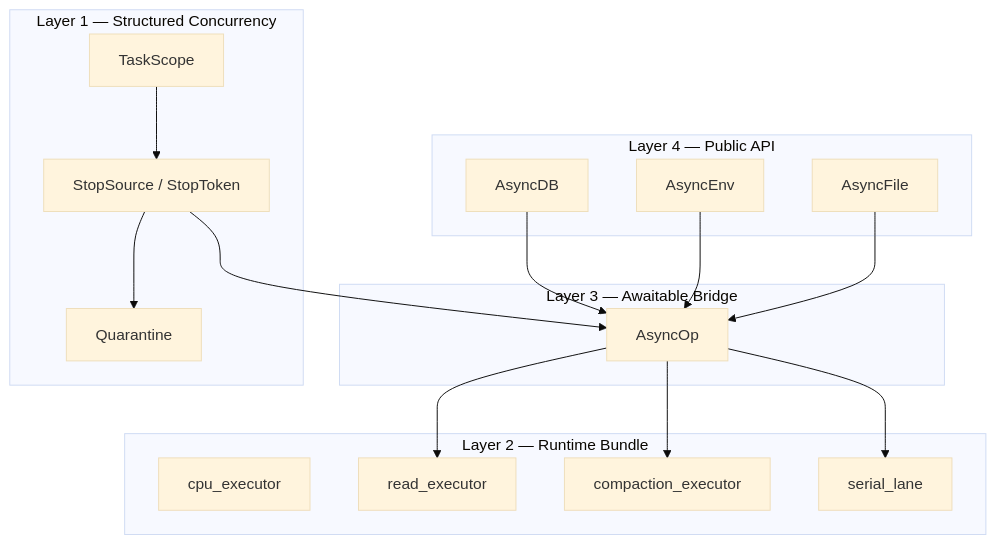
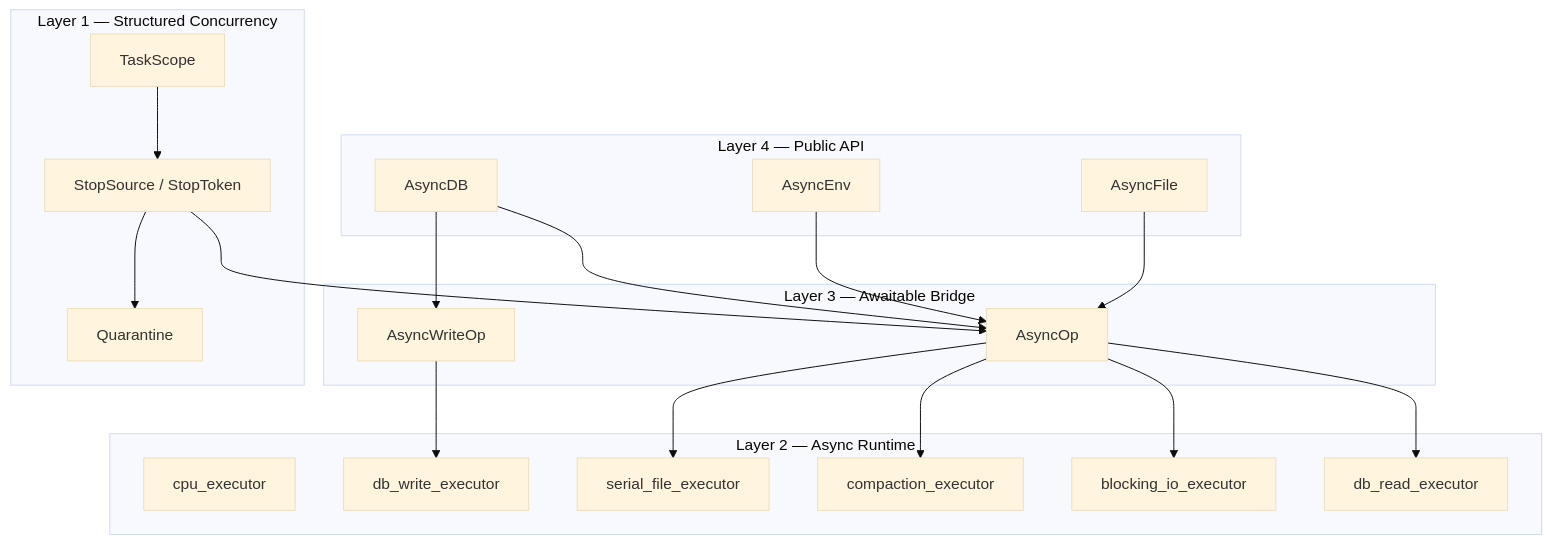
The first of 5 diagrams in docs/coroutine_api_design.md (puji4810/Prism), drawn with Mermaid (base theme) before and after one commit. The commit also changed other lines of this file and 84 other files, not shown here.

First line of the commit message:
Refactor runtime: rename executors and rework async I/O paths

````diff
--- a/docs/coroutine_api_design.md
+++ b/docs/coroutine_api_design.md
@@ -20,32 +22,38 @@
 ```mermaid
 graph TD
     subgraph L4["Layer 4 — Public API"]
         ADB[AsyncDB]
         AEnv[AsyncEnv]
         AF[AsyncFile]
     end
     subgraph L3["Layer 3 — Awaitable Bridge"]
         AOp["AsyncOp<T>"]
+        AWOp["AsyncWriteOp"]
     end
-    subgraph L2["Layer 2 — Runtime Bundle"]
+    subgraph L2["Layer 2 — Async Runtime"]
         CPU["cpu_executor"]
-        READ["read_executor"]
+        DBR["db_read_executor"]
+        DBW["db_write_executor"]
+        READ["blocking_io_executor"]
         COMP["compaction_executor"]
-        SER["serial_lane"]
+        SER["serial_file_executor"]
     end
     subgraph L1["Layer 1 — Structured Concurrency"]
         SCOPE["TaskScope"]
         STOP["StopSource / StopToken"]
         Q["Quarantine"]
     end
 
     ADB --> AOp
+    ADB --> AWOp
     AEnv --> AOp
     AF --> AOp
+    AOp --> DBR
     AOp --> READ
     AOp --> COMP
     AOp --> SER
+    AWOp --> DBW
     SCOPE --> STOP
     STOP --> AOp
     STOP --> Q
 ```
````
